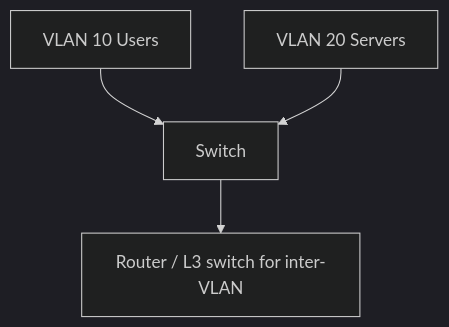
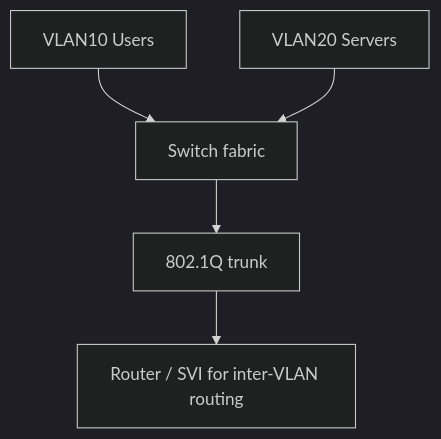
The sixth of 8 diagrams in learning/04-data-link-layer.md (omnayak27199/pktana), drawn with Mermaid (dark theme) before and after one commit. The commit also changed other lines of this file and 14 other files, not shown here.

````diff
--- a/learning/04-data-link-layer.md
+++ b/learning/04-data-link-layer.md
@@ -86,6 +228,7 @@
 ```mermaid
 flowchart TB
-  Users[VLAN 10 Users] --> SW[Switch]
-  Servers[VLAN 20 Servers] --> SW
-  SW --> R[Router / L3 switch for inter-VLAN]
+  V10[VLAN10 Users] --> SW[Switch fabric]
+  V20[VLAN20 Servers] --> SW
+  SW --> TR[802.1Q trunk]
+  TR --> R[Router / SVI for inter-VLAN routing]
 ```
````
